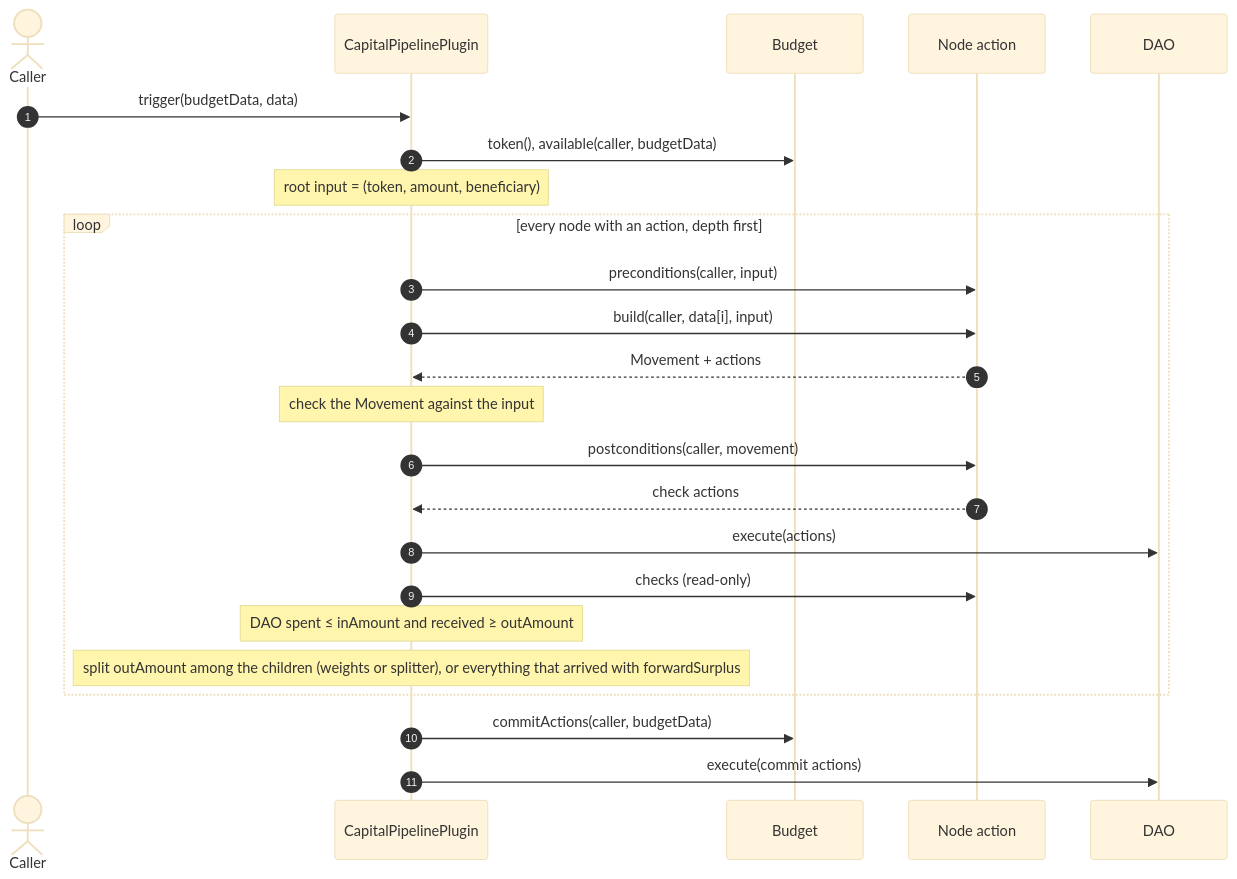
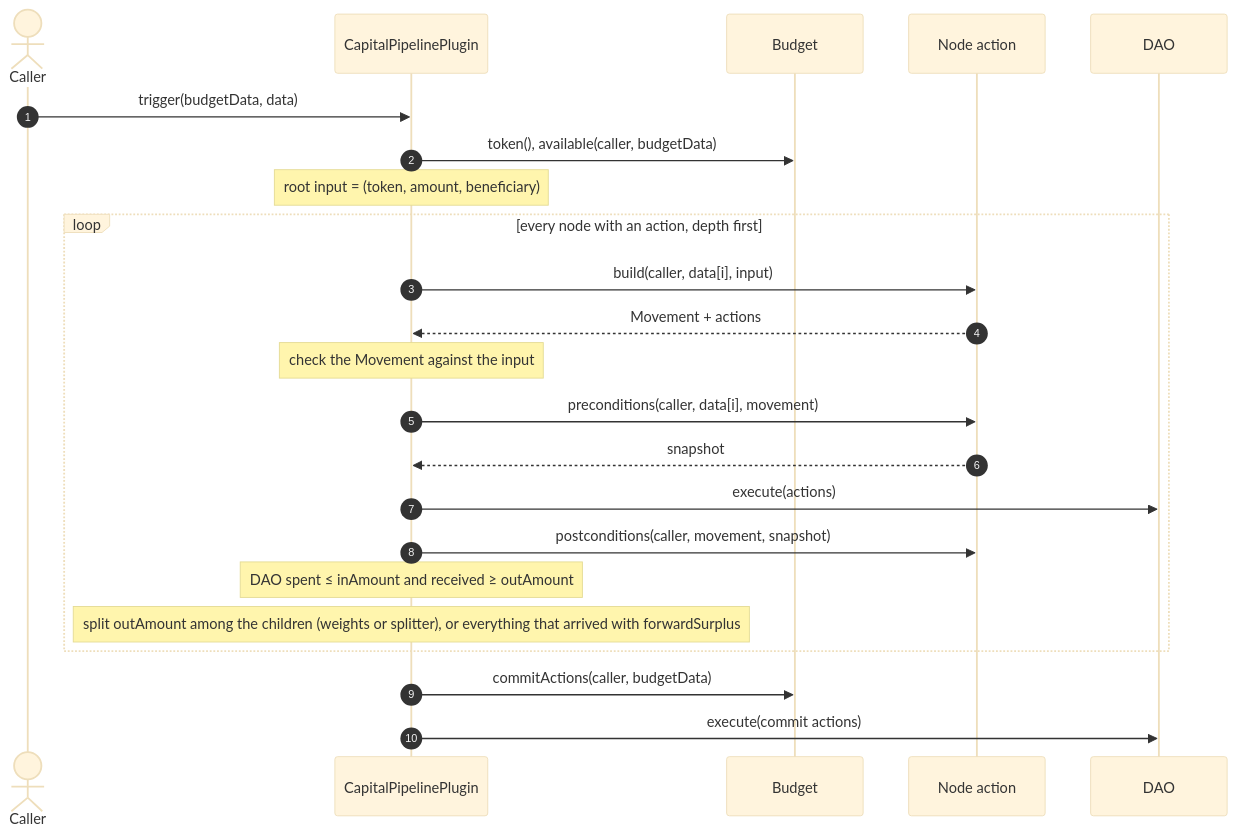
The second of 10 diagrams in README.md (antfarm-official/tree-capital), drawn with Mermaid (base theme) before and after one commit. The commit also changed other lines of this file and 14 other files, not shown here.

First line of the commit message:
Let preconditions return the snapshot that postconditions checks

````diff
--- a/README.md
+++ b/README.md
@@ -61,27 +61,26 @@
 ```mermaid
 sequenceDiagram
     autonumber
     actor Caller
     participant Plugin as CapitalPipelinePlugin
     participant Budget
     participant Action as Node action
     participant DAO
 
     Caller->>Plugin: trigger(budgetData, data)
     Plugin->>Budget: token(), available(caller, budgetData)
     Note over Plugin: root input = (token, amount, beneficiary)
     loop every node with an action, depth first
-        Plugin->>Action: preconditions(caller, input)
         Plugin->>Action: build(caller, data[i], input)
         Action-->>Plugin: Movement + actions
         Note over Plugin: check the Movement against the input
-        Plugin->>Action: postconditions(caller, movement)
-        Action-->>Plugin: check actions
+        Plugin->>Action: preconditions(caller, data[i], movement)
+        Action-->>Plugin: snapshot
         Plugin->>DAO: execute(actions)
-        Plugin->>Action: checks (read-only)
+        Plugin->>Action: postconditions(caller, movement, snapshot)
         Note over Plugin: DAO spent ≤ inAmount and received ≥ outAmount
         Note over Plugin: split outAmount among the children (weights or splitter), or everything that arrived with forwardSurplus
     end
     Plugin->>Budget: commitActions(caller, budgetData)
     Plugin->>DAO: execute(commit actions)
 ```
````
